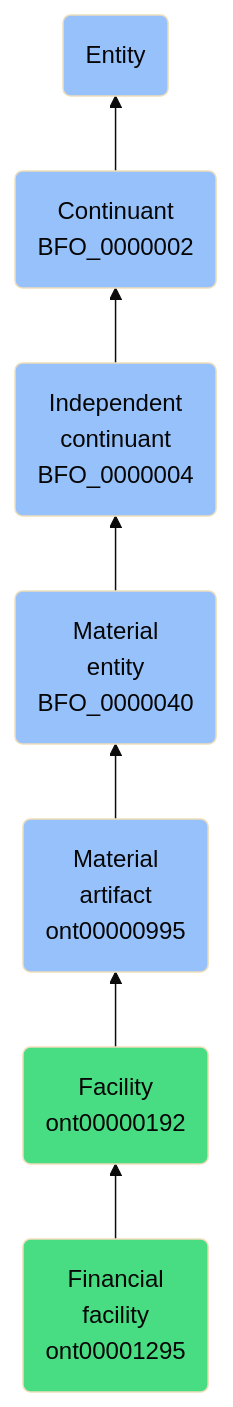
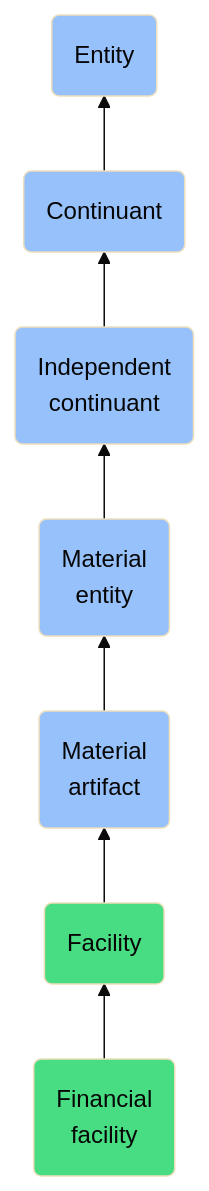
Before and after one commit to jupyter-naas/abi: the diagram in docs/ontology/reference/model/Entity/Continuant/Independent continuant/Material entity/Material artifact/Facility/Financial facility/Financial facility.md, drawn with Mermaid (base theme). The commit also changed other lines of this file and 1430 other files, not shown here.

````diff
--- a/docs/ontology/reference/model/Entity/Continuant/Independent continuant/Material entity/Material artifact/Facility/Financial facility/Financial facility.md
+++ b/docs/ontology/reference/model/Entity/Continuant/Independent continuant/Material entity/Material artifact/Facility/Financial facility/Financial facility.md
@@ -24,14 +24,14 @@
 ```mermaid
 graph BT
-    ont00001295(Financial<br>facility<br>ont00001295):::ABI-->ont00000192
-    ont00000192(Facility<br>ont00000192):::ABI-->ont00000995
-    ont00000995(Material<br>artifact<br>ont00000995):::BFO-->BFO_0000040
-    BFO_0000040(Material<br>entity<br>BFO_0000040):::BFO-->BFO_0000004
-    BFO_0000004(Independent<br>continuant<br>BFO_0000004):::BFO-->BFO_0000002
-    BFO_0000002(Continuant<br>BFO_0000002):::BFO-->BFO_0000001
+    ont00001295(Financial<br>facility):::ABI-->ont00000192
+    ont00000192(Facility):::ABI-->ont00000995
+    ont00000995(Material<br>artifact):::BFO-->BFO_0000040
+    BFO_0000040(Material<br>entity):::BFO-->BFO_0000004
+    BFO_0000004(Independent<br>continuant):::BFO-->BFO_0000002
+    BFO_0000002(Continuant):::BFO-->BFO_0000001
     BFO_0000001(Entity):::BFO
     
     classDef BFO fill:#97c1fb,color:#060606
     classDef CCO fill:#e4c51e,color:#060606
     classDef ABI fill:#48DD82,color:#060606
 ```
````
